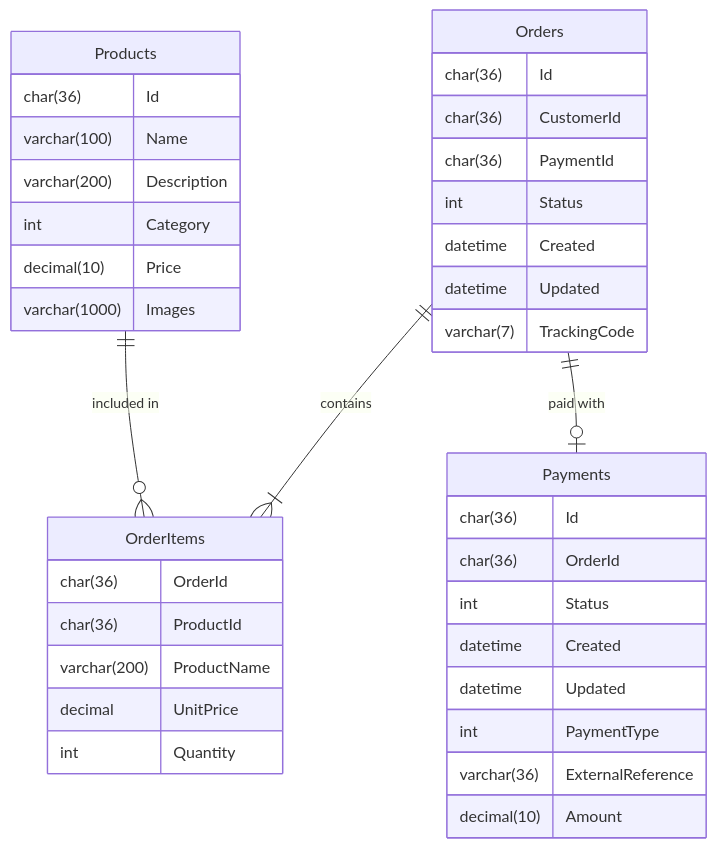
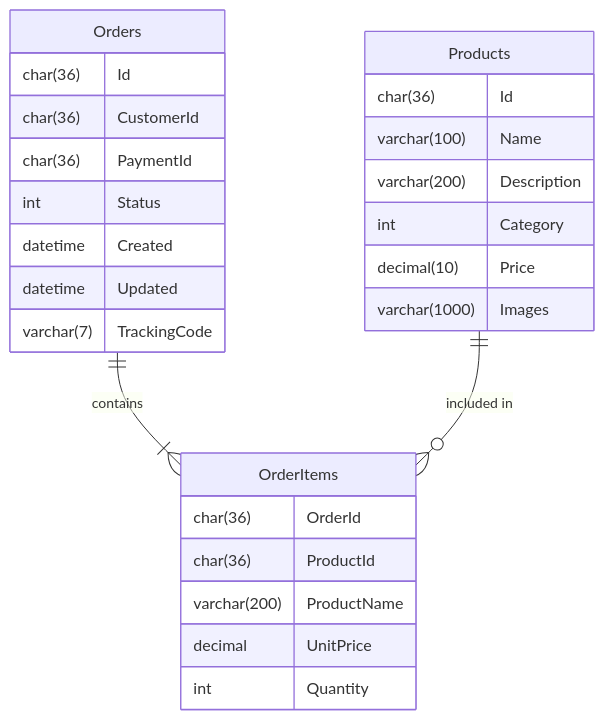
The diagram in README.md (soat-fiap/bmb.database), drawn with Mermaid before and after one commit. The commit also changed 1 other file, not shown here.

Commit message:
refactor: remove customers table from workflow and documentation

````diff
--- a/README.md
+++ b/README.md
@@ -37,45 +37,33 @@
 ```mermaid
  erDiagram
    
     Products {
         char(36) Id
         varchar(100) Name
         varchar(200) Description
         int Category
         decimal(10) Price
         varchar(1000) Images
     }
     
    Orders {
         char(36) Id
         char(36) CustomerId
         char(36) PaymentId
         int Status
         datetime Created
         datetime Updated
         varchar(7) TrackingCode
     }
     
     OrderItems {
         char(36) OrderId
         char(36) ProductId
         varchar(200) ProductName
         decimal UnitPrice
         int Quantity
     }
     
-    Payments {
-        char(36) Id
-        char(36) OrderId
-        int Status
-        datetime Created
-        datetime Updated
-        int PaymentType
-        varchar(36) ExternalReference
-        decimal(10) Amount
-    }
-    
     Orders ||--|{ OrderItems : "contains"
     Products ||--o{ OrderItems : "included in"
-    Orders ||--o| Payments : "paid with"
 ```
````
